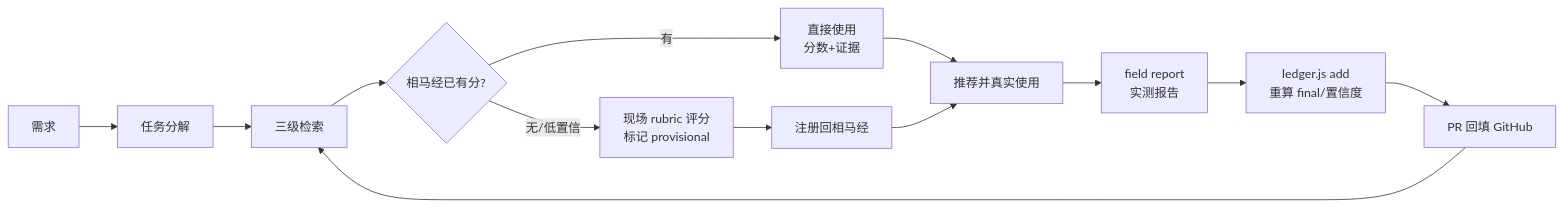
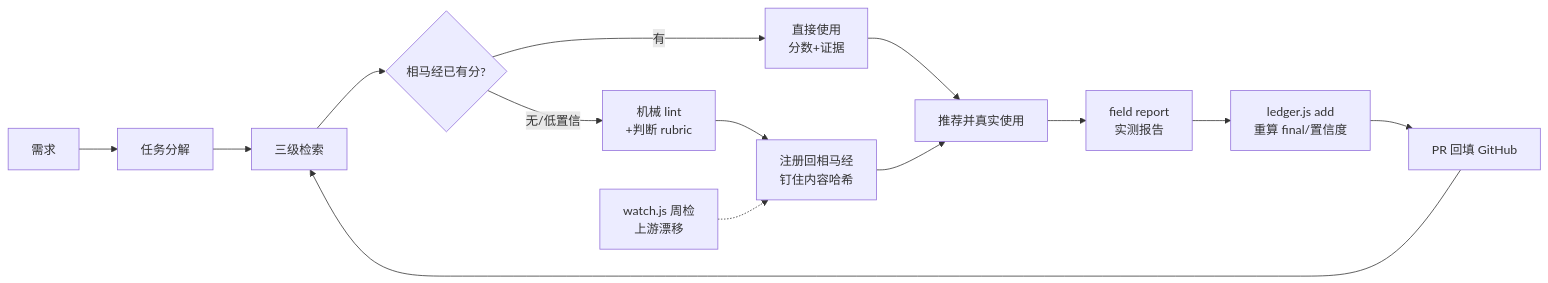
The diagram in README.md (iifzx/bole), drawn with Mermaid before and after one commit. The commit also changed other lines of this file and 59 other files, not shown here.

````diff
--- a/README.md
+++ b/README.md
@@ -60,15 +66,16 @@
 ```mermaid
 flowchart LR
     A[需求] --> B[任务分解]
     B --> C[三级检索]
     C --> D{相马经已有分?}
     D -- 有 --> E[直接使用<br/>分数+证据]
-    D -- 无/低置信 --> F[现场 rubric 评分<br/>标记 provisional]
-    F --> G[注册回相马经]
+    D -- 无/低置信 --> F[机械 lint<br/>+判断 rubric]
+    F --> G[注册回相马经<br/>钉住内容哈希]
     E --> H[推荐并真实使用]
     G --> H
     H --> I[field report<br/>实测报告]
     I --> J[ledger.js add<br/>重算 final/置信度]
     J --> K[PR 回填 GitHub]
     K --> C
+    L[watch.js 周检<br/>上游漂移] -.-> G
 ```
````
